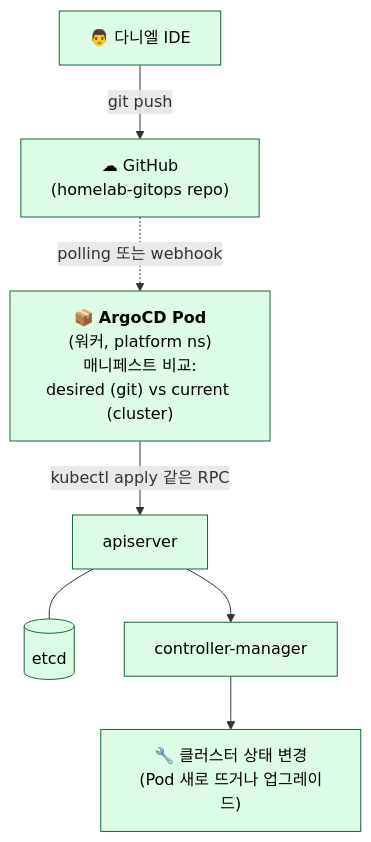
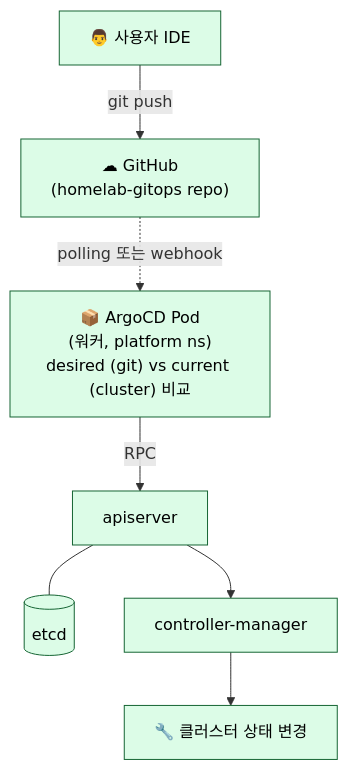
The tenth of 13 diagrams in _wiki/homelab.md (currenjin/currenjin.github.io), drawn with Mermaid before and after one commit. The commit also changed other lines of this file, not shown here.

````diff
--- a/_wiki/homelab.md
+++ b/_wiki/homelab.md
@@ -686,20 +441,20 @@
 ```mermaid
 flowchart TB
-  Daniel["👨 다니엘 IDE"]
+  Daniel["👨 사용자 IDE"]
   GH["☁ GitHub<br/>(homelab-gitops repo)"]
-  Argo["📦 <b>ArgoCD Pod</b><br/>(워커, platform ns)<br/>매니페스트 비교:<br/>desired (git) vs current (cluster)"]
+  Argo["📦 ArgoCD Pod<br/>(워커, platform ns)<br/>desired (git) vs current (cluster) 비교"]
   API["apiserver"]
   ETCD[("etcd")]
   CM["controller-manager"]
-  Cluster["🔧 클러스터 상태 변경<br/>(Pod 새로 뜨거나 업그레이드)"]
+  Cluster["🔧 클러스터 상태 변경"]
 
-  Daniel -- "git push" --> GH
-  GH -. "polling 또는 webhook" .-> Argo
-  Argo -- "kubectl apply 같은 RPC" --> API
+  Daniel -- git push --> GH
+  GH -. polling 또는 webhook .-> Argo
+  Argo -- RPC --> API
   API --- ETCD
   API --> CM
   CM --> Cluster
 
   classDef green fill:#dcfce7,stroke:#166534,color:#000
   class Daniel,GH,Argo,API,ETCD,CM,Cluster green
 ```
````
